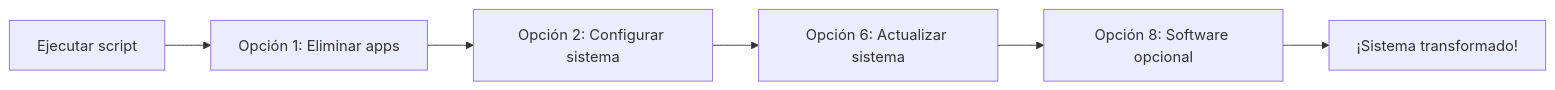
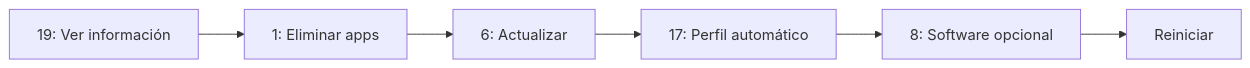
Before and after one commit to george0884/ubuntu-ultimate-tools: the diagram in README.md, drawn with Mermaid. The commit also changed other lines of this file, not shown here.

````diff
--- a/README.md
+++ b/README.md
@@ -384,8 +359,8 @@
 ```mermaid
 graph LR
-    A[Ejecutar script] --> B[Opción 1: Eliminar apps]
-    B --> C[Opción 2: Configurar sistema]
-    C --> D[Opción 6: Actualizar sistema]
-    D --> E[Opción 8: Software opcional]
-    E --> F[¡Sistema transformado!]
+    A[19: Ver información] --> B[1: Eliminar apps]
+    B --> C[6: Actualizar]
+    C --> D[17: Perfil automático]
+    D --> E[8: Software opcional]
+    E --> F[Reiniciar]
 ```
````
